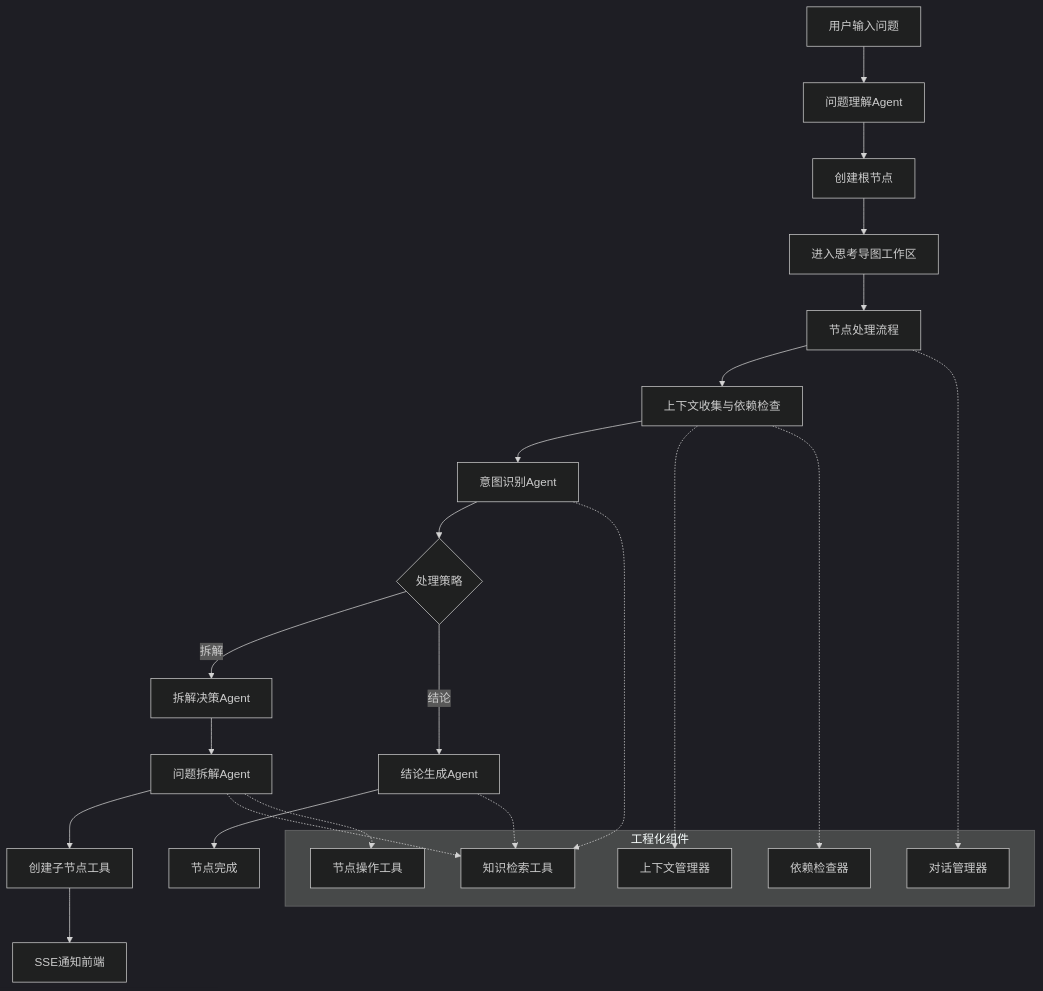
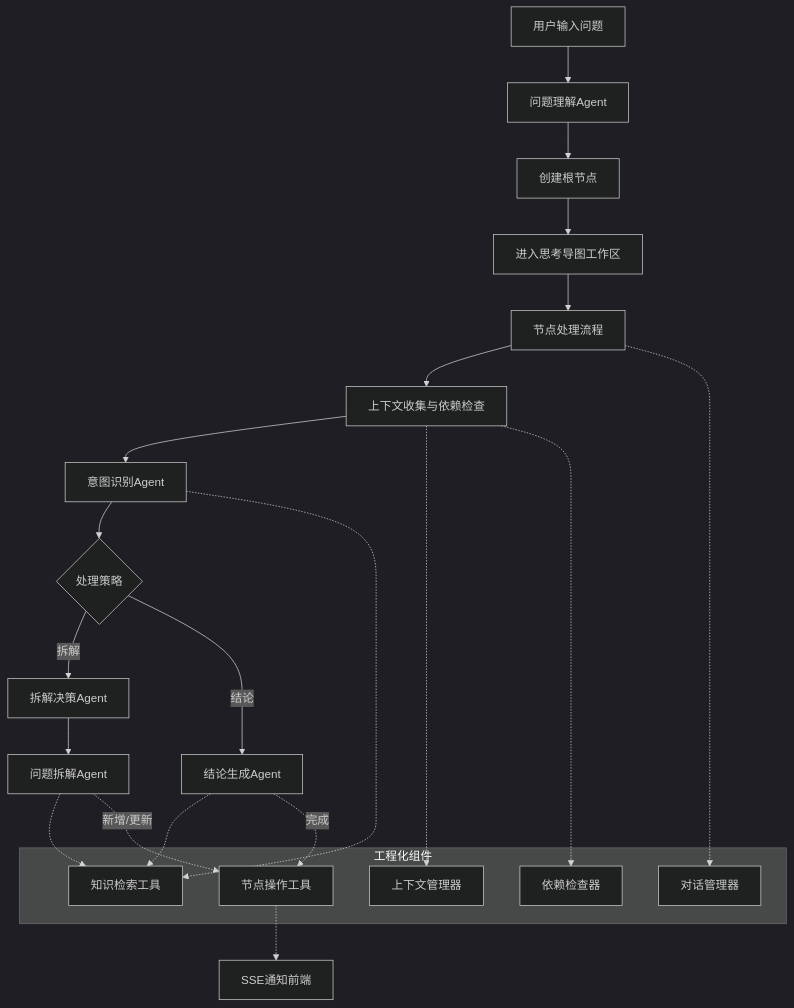
Before and after one commit to PGshen/thinking-map: the first of 7 diagrams in docs/agent-system-design.md, drawn with Mermaid (dark theme). The commit also changed other lines of this file, not shown here.

````diff
--- a/docs/agent-system-design.md
+++ b/docs/agent-system-design.md
@@ -16,32 +16,33 @@
 ```mermaid
 graph TB
     A[用户输入问题] --> B[问题理解Agent]
     B --> C[创建根节点]
     C --> D[进入思考导图工作区]
     D --> E[节点处理流程]
     E --> F[上下文收集与依赖检查]
     F --> G[意图识别Agent]
     G --> H{处理策略}
     H -->|拆解| I[拆解决策Agent]
     H -->|结论| J[结论生成Agent]
     I --> K[问题拆解Agent]
-    K --> L[创建子节点工具]
-    L --> M[SSE通知前端]
-    J --> N[节点完成]
+    
+    M[SSE通知前端]
     
     subgraph "工程化组件"
         O[上下文管理器]
         P[依赖检查器]
         Q[知识检索工具]
         R[对话管理器]
         S[节点操作工具]
     end
     
     F -.-> O
     F -.-> P
     G -.-> Q
     K -.-> Q
     J -.-> Q
-    K -.-> S
+    K -.-> |新增/更新|S
+    J -.-> |完成|S
+    S -.-> M
     E -.-> R
 ```
````
